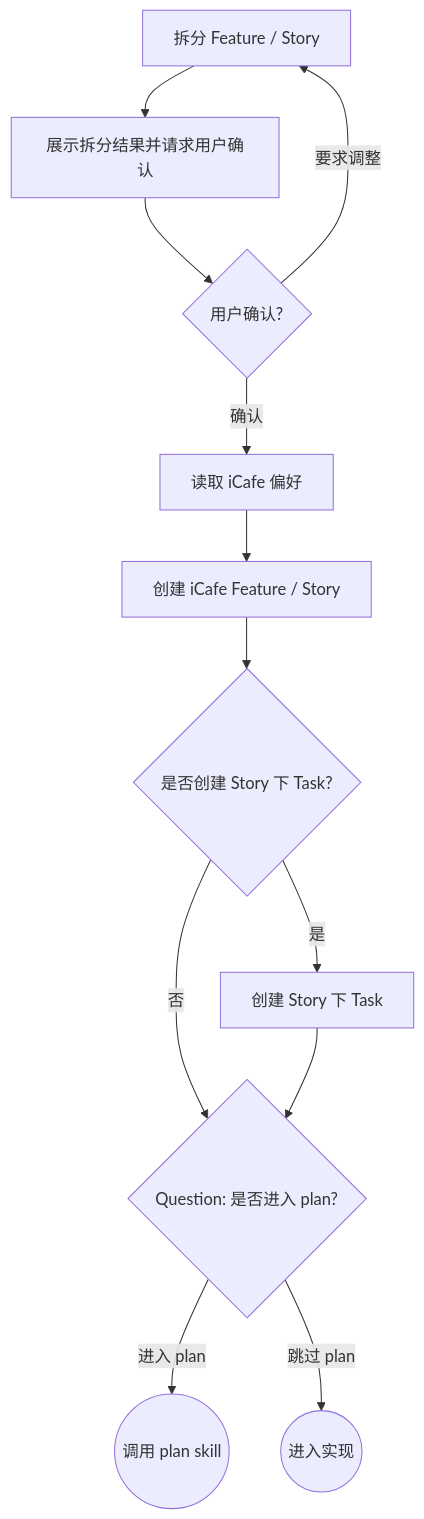
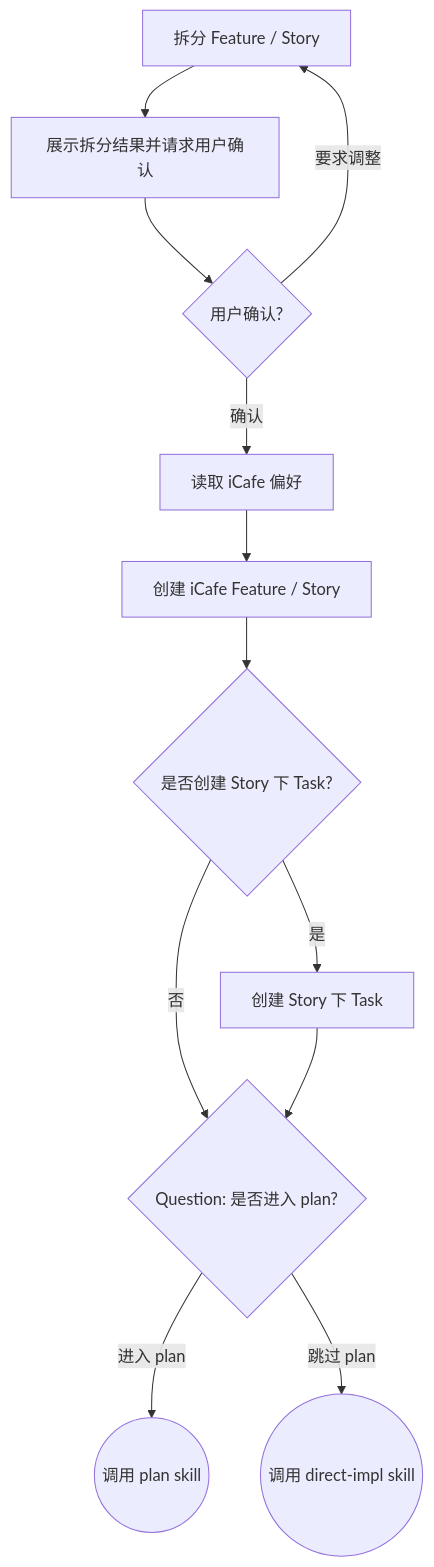
One commit to BaiduComate/mission-flow changed the diagram in skills/split/SKILL.md. Above: the diagram before and after it, drawn with Mermaid. The commit also changed other lines of this file and 2 other files, not shown here.

Commit message:
feat: direct-impl

````diff
--- a/skills/split/SKILL.md
+++ b/skills/split/SKILL.md
@@ -124,14 +124,14 @@
 ```mermaid
 flowchart TD
     B[拆分 Feature / Story] --> C[展示拆分结果并请求用户确认]
     C --> D{用户确认?}
     D -->|要求调整| B
     D -->|确认| E[读取 iCafe 偏好]
     E --> F[创建 iCafe Feature / Story]
     F --> T{是否创建 Story 下 Task?}
     T -->|是| U[创建 Story 下 Task]
     T -->|否| G{Question: 是否进入 plan?}
     U --> G
     G -->|进入 plan| H((调用 plan skill))
-    G -->|跳过 plan| I((进入实现))
+    G -->|跳过 plan| I((调用 direct-impl skill))
 ```
````
